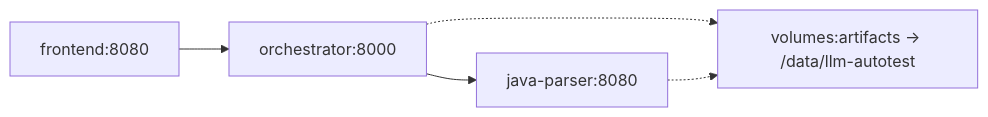
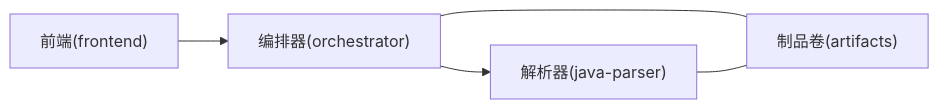
One commit to Joeyzheng001/LLM-AutoTest changed the fifth of 5 diagrams in .qoder/repowiki/zh/content/部署运维/部署运维.md. Above: the diagram before and after it, drawn with Mermaid. The commit also changed other lines of this file and 186 other files, not shown here.

````diff
--- a/.qoder/repowiki/zh/content/部署运维/部署运维.md
+++ b/.qoder/repowiki/zh/content/部署运维/部署运维.md
@@ -165,7 +182,7 @@
 ```mermaid
 graph LR
-FE["frontend:8080"] --> ORCH["orchestrator:8000"]
-ORCH --> JP["java-parser:8080"]
-ORCH -.-> VOL["volumes:artifacts -> /data/llm-autotest"]
-JP -.-> VOL
+FE["前端(frontend)"] --> ORCH["编排器(orchestrator)"]
+ORCH --> JP["解析器(java-parser)"]
+ORCH --- ART["制品卷(artifacts)"]
+JP --- ART
 ```
````
